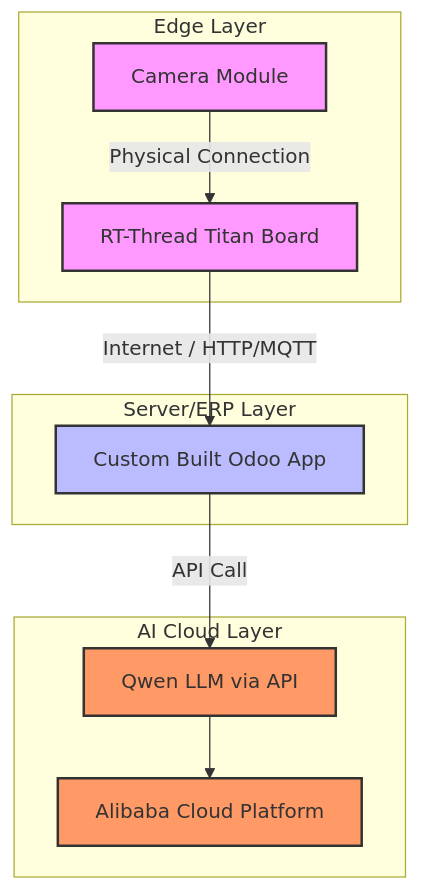
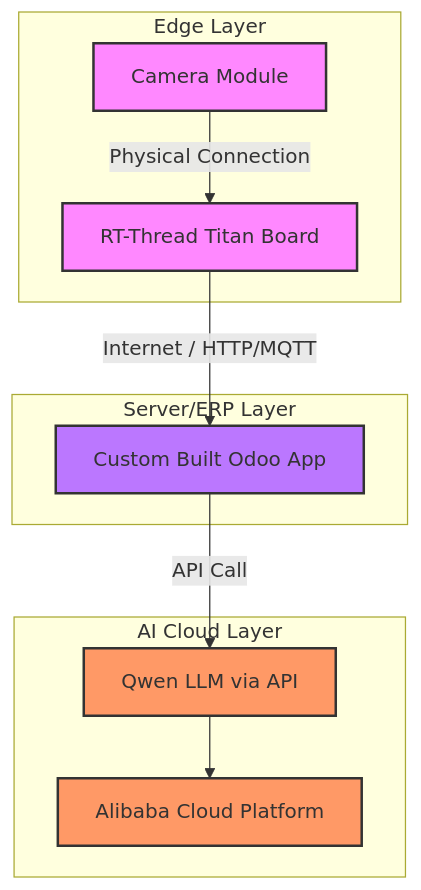
The diagram in README.md (cheahweileow/rttOdoo), drawn with Mermaid before and after one commit.

Commit message:
Update colors for hardware and software classes

````diff
--- a/README.md
+++ b/README.md
@@ -6,35 +6,35 @@
 ```mermaid
 graph TD
     %% Define Styles
-    classDef hardware fill:#f9f,stroke:#333,stroke-width:2px;
-    classDef software fill:#bbf,stroke:#333,stroke-width:2px;
+    classDef hardware fill:#f8f,stroke:#333,stroke-width:2px;
+    classDef software fill:#b7f,stroke:#333,stroke-width:2px;
     classDef cloud fill:#f96,stroke:#333,stroke-width:2px;
 
     %% Nodes Declaration
     Camera[Camera Module]:::hardware
     Titan[RT-Thread Titan Board]:::hardware
     Odoo[Custom Built Odoo App]:::software
     Qwen[Qwen LLM via API]:::cloud
     Alibaba[Alibaba Cloud Platform]:::cloud
 
     %% Connections
     Camera -->|Physical Connection| Titan
     Titan -->|Internet / HTTP/MQTT| Odoo
     Odoo -->|API Call| Qwen
     Qwen --> Alibaba
 
     %% Layout grouping
     subgraph EdgeLayer["Edge Layer"]
         Camera
         Titan
     end
 
     subgraph ServerLayer["Server/ERP Layer"]
         Odoo
     end
 
     subgraph AILayer["AI Cloud Layer"]
         Alibaba
         Qwen
     end
 ```
````
